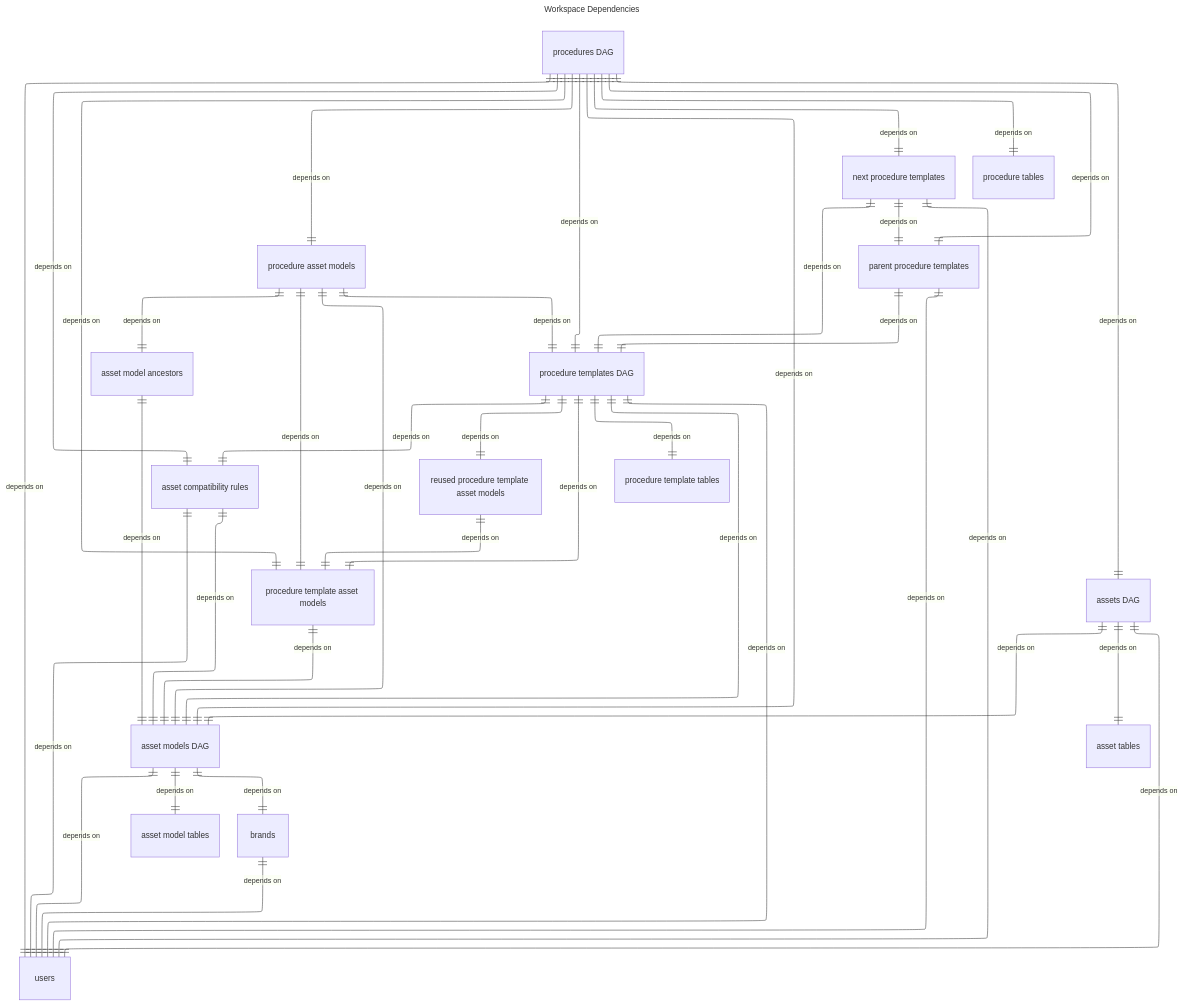
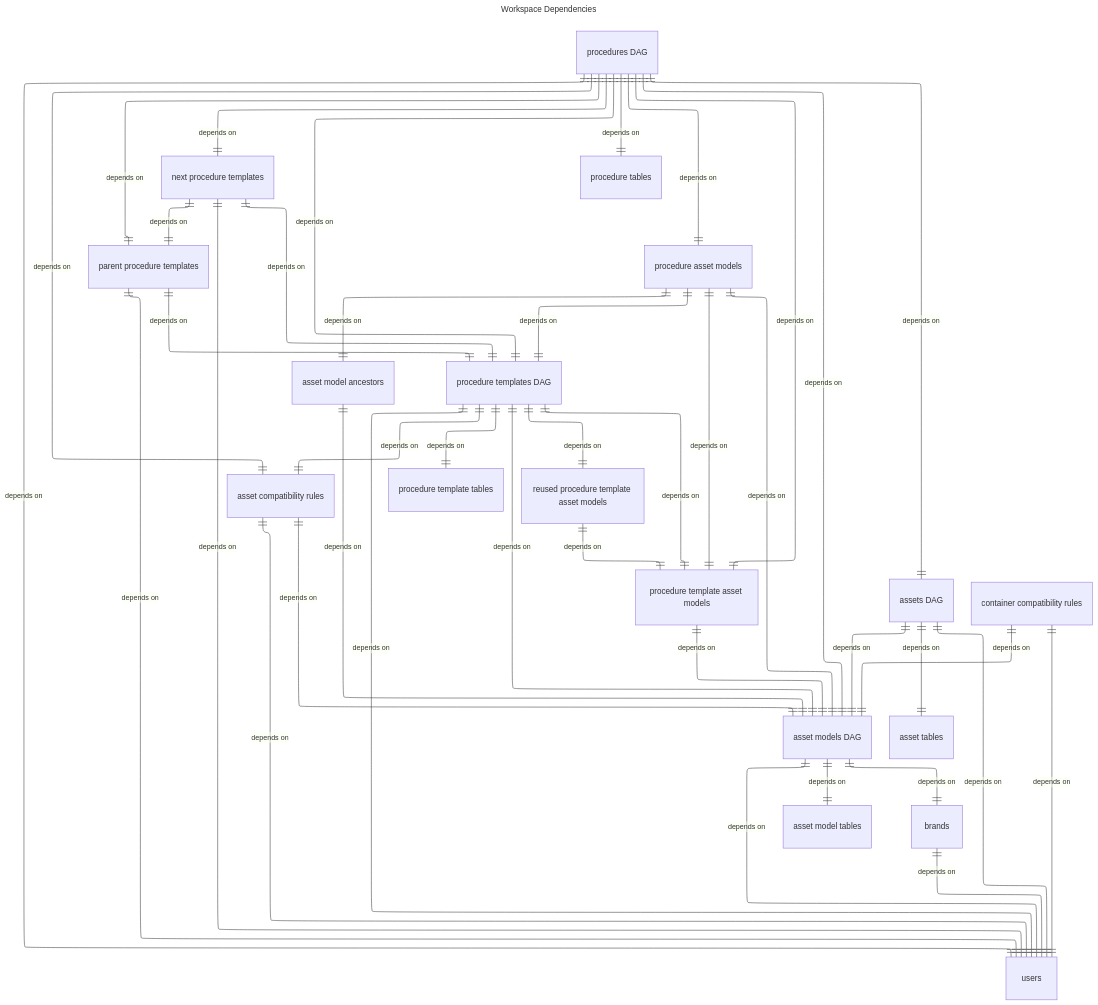
Before and after one commit to earth-metabolome-initiative/asset-procedure-schema: the diagram in builder/workspace_dependencies.mmd, drawn with Mermaid. The commit also changed 149 other files, not shown here.

```diff
--- a/builder/workspace_dependencies.mmd
+++ b/builder/workspace_dependencies.mmd
@@ -1,63 +1,66 @@
 ---
 config:
   layout: elk
   theme: default
   look: classic
 title: Workspace Dependencies
 ---
 erDiagram
   direction TB
   v2["asset compatibility rules"]
   v3["asset model ancestors"]
   v4["asset model tables"]
   v5["asset models DAG"]
   v6["asset tables"]
   v7["assets DAG"]
   v13["brands"]
-  v59["next procedure templates"]
-  v63["parent procedure templates"]
-  v71["procedure asset models"]
-  v72["procedure tables"]
-  v73["procedure template asset models"]
-  v74["procedure template tables"]
-  v75["procedure templates DAG"]
-  v76["procedures DAG"]
-  v77["reused procedure template asset models"]
-  v86["users"]
-  v75 ||--|| v73 : "depends on"
-  v75 ||--|| v77 : "depends on"
-  v75 ||--|| v5 : "depends on"
-  v76 ||--|| v75 : "depends on"
-  v76 ||--|| v71 : "depends on"
-  v76 ||--|| v73 : "depends on"
+  v34["container compatibility rules"]
+  v60["next procedure templates"]
+  v64["parent procedure templates"]
+  v72["procedure asset models"]
+  v73["procedure tables"]
+  v74["procedure template asset models"]
+  v75["procedure template tables"]
+  v76["procedure templates DAG"]
+  v77["procedures DAG"]
+  v78["reused procedure template asset models"]
+  v87["users"]
+  v76 ||--|| v74 : "depends on"
+  v76 ||--|| v78 : "depends on"
   v76 ||--|| v5 : "depends on"
-  v76 ||--|| v7 : "depends on"
+  v77 ||--|| v76 : "depends on"
+  v77 ||--|| v72 : "depends on"
+  v77 ||--|| v74 : "depends on"
+  v77 ||--|| v5 : "depends on"
+  v77 ||--|| v7 : "depends on"
   v2 ||--|| v5 : "depends on"
-  v2 ||--|| v86 : "depends on"
+  v2 ||--|| v87 : "depends on"
   v3 ||--|| v5 : "depends on"
   v5 ||--|| v4 : "depends on"
-  v5 ||--|| v86 : "depends on"
+  v5 ||--|| v87 : "depends on"
   v7 ||--|| v5 : "depends on"
   v7 ||--|| v6 : "depends on"
-  v7 ||--|| v86 : "depends on"
-  v75 ||--|| v2 : "depends on"
+  v7 ||--|| v87 : "depends on"
   v76 ||--|| v2 : "depends on"
-  v13 ||--|| v86 : "depends on"
+  v77 ||--|| v2 : "depends on"
+  v13 ||--|| v87 : "depends on"
   v5 ||--|| v13 : "depends on"
-  v59 ||--|| v63 : "depends on"
-  v59 ||--|| v75 : "depends on"
-  v59 ||--|| v86 : "depends on"
-  v63 ||--|| v75 : "depends on"
-  v63 ||--|| v86 : "depends on"
-  v71 ||--|| v3 : "depends on"
-  v71 ||--|| v5 : "depends on"
-  v71 ||--|| v73 : "depends on"
-  v71 ||--|| v75 : "depends on"
-  v73 ||--|| v5 : "depends on"
-  v75 ||--|| v74 : "depends on"
-  v75 ||--|| v86 : "depends on"
-  v76 ||--|| v59 : "depends on"
-  v76 ||--|| v63 : "depends on"
-  v76 ||--|| v72 : "depends on"
-  v76 ||--|| v86 : "depends on"
+  v34 ||--|| v5 : "depends on"
+  v34 ||--|| v87 : "depends on"
+  v60 ||--|| v64 : "depends on"
+  v60 ||--|| v76 : "depends on"
+  v60 ||--|| v87 : "depends on"
+  v64 ||--|| v76 : "depends on"
+  v64 ||--|| v87 : "depends on"
+  v72 ||--|| v3 : "depends on"
+  v72 ||--|| v5 : "depends on"
+  v72 ||--|| v74 : "depends on"
+  v72 ||--|| v76 : "depends on"
+  v74 ||--|| v5 : "depends on"
+  v76 ||--|| v75 : "depends on"
+  v76 ||--|| v87 : "depends on"
+  v77 ||--|| v60 : "depends on"
+  v77 ||--|| v64 : "depends on"
   v77 ||--|| v73 : "depends on"
+  v77 ||--|| v87 : "depends on"
+  v78 ||--|| v74 : "depends on"
```
